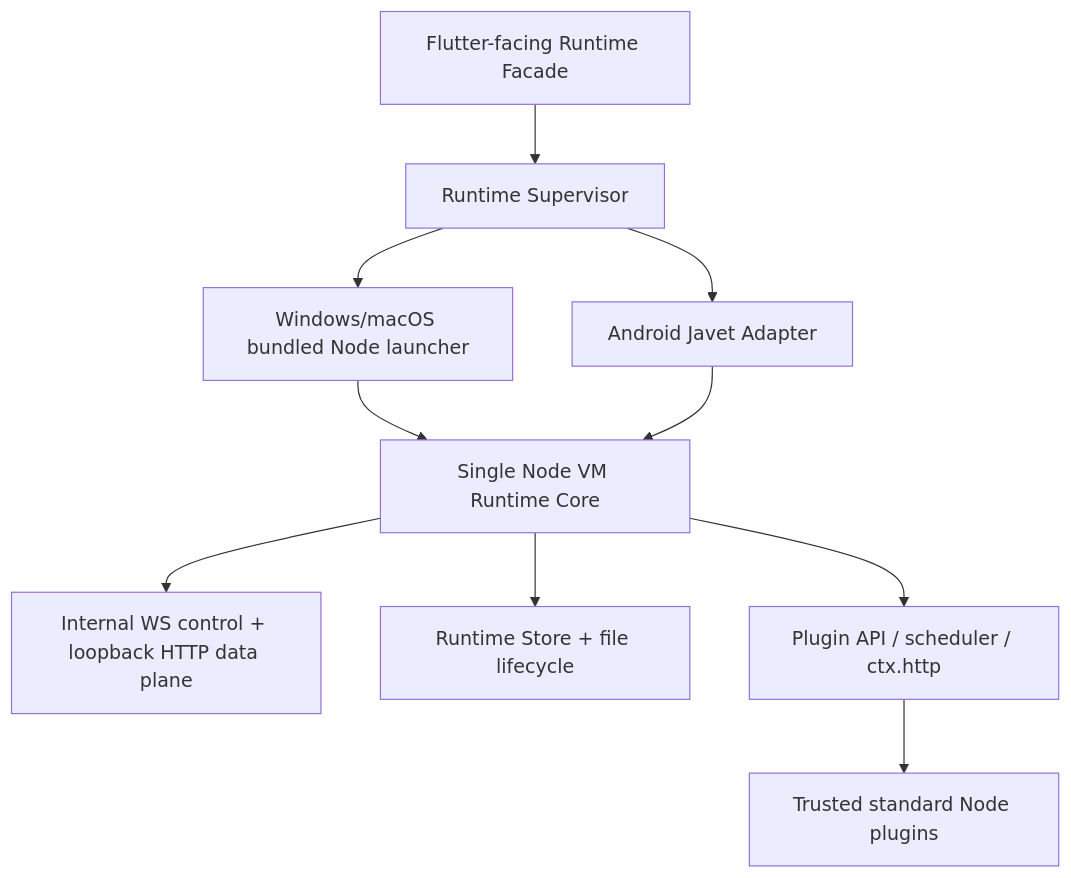
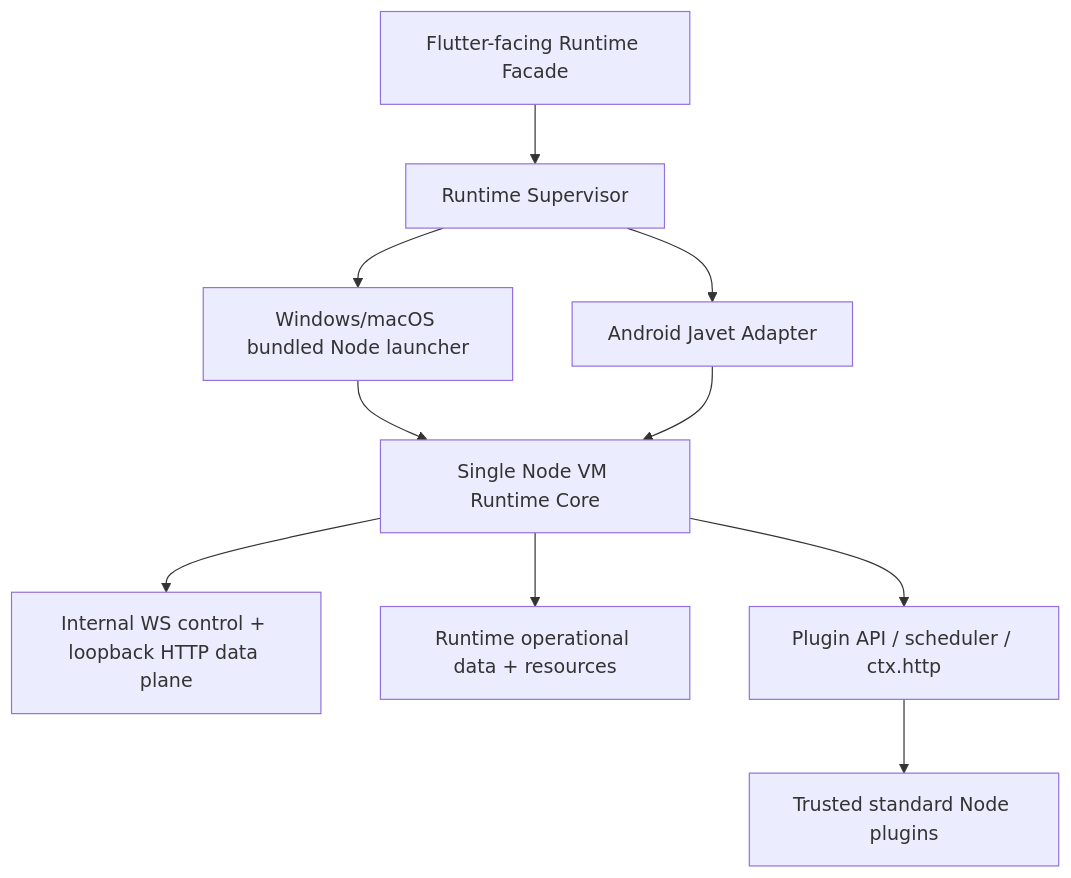
Before and after one commit to lingy-Mg/mg_read: the diagram in packages/mg_read_runtime/docs/standalone-runtime-contract.md, drawn with Mermaid. The commit also changed other lines of this file and 34 other files, not shown here.

````diff
--- a/packages/mg_read_runtime/docs/standalone-runtime-contract.md
+++ b/packages/mg_read_runtime/docs/standalone-runtime-contract.md
@@ -53,12 +55,12 @@
 ```mermaid
 flowchart TB
     FACADE["Flutter-facing Runtime Facade"] --> SUP["Runtime Supervisor"]
     SUP --> DESKTOP["Windows/macOS bundled Node launcher"]
     SUP --> ANDROID["Android Javet Adapter"]
     DESKTOP --> CORE["Single Node VM Runtime Core"]
     ANDROID --> CORE
     CORE --> WIRE["Internal WS control + loopback HTTP data plane"]
-    CORE --> STORE["Runtime Store + file lifecycle"]
+    CORE --> STORE["Runtime operational data + resources"]
     CORE --> SDK["Plugin API / scheduler / ctx.http"]
     SDK --> PLUGIN["Trusted standard Node plugins"]
 ```
````
